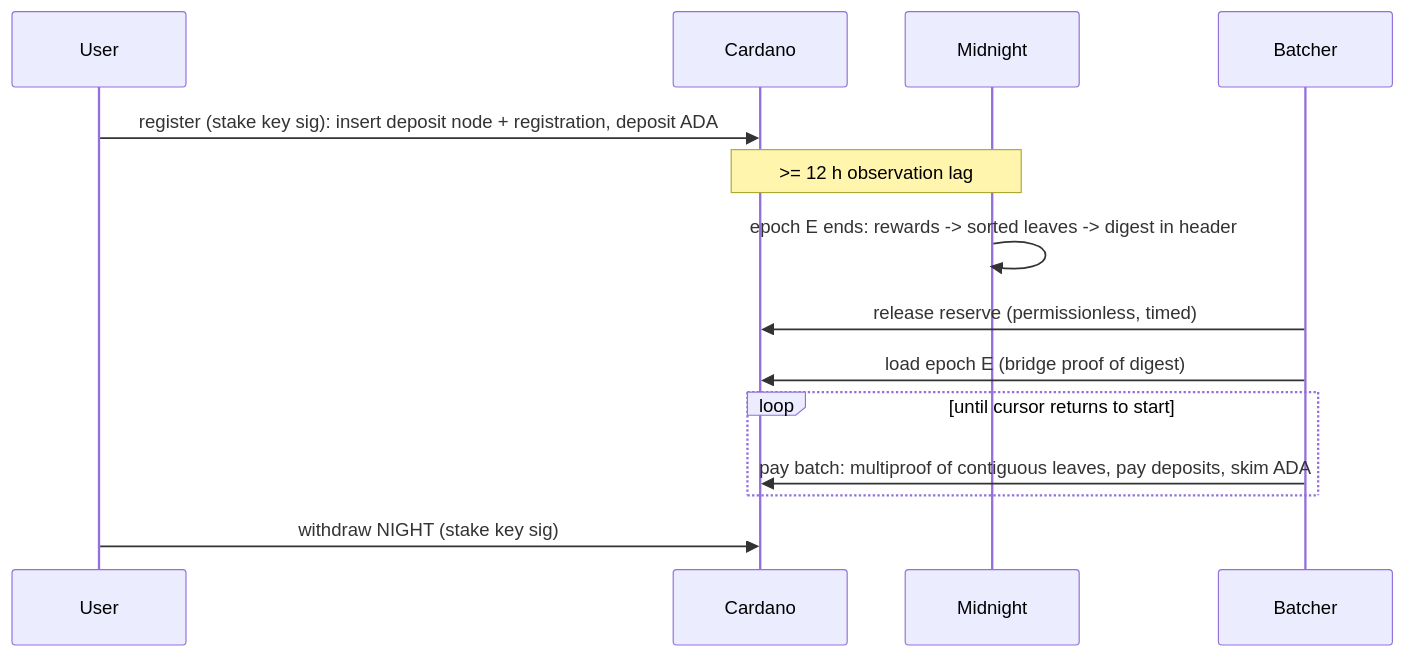
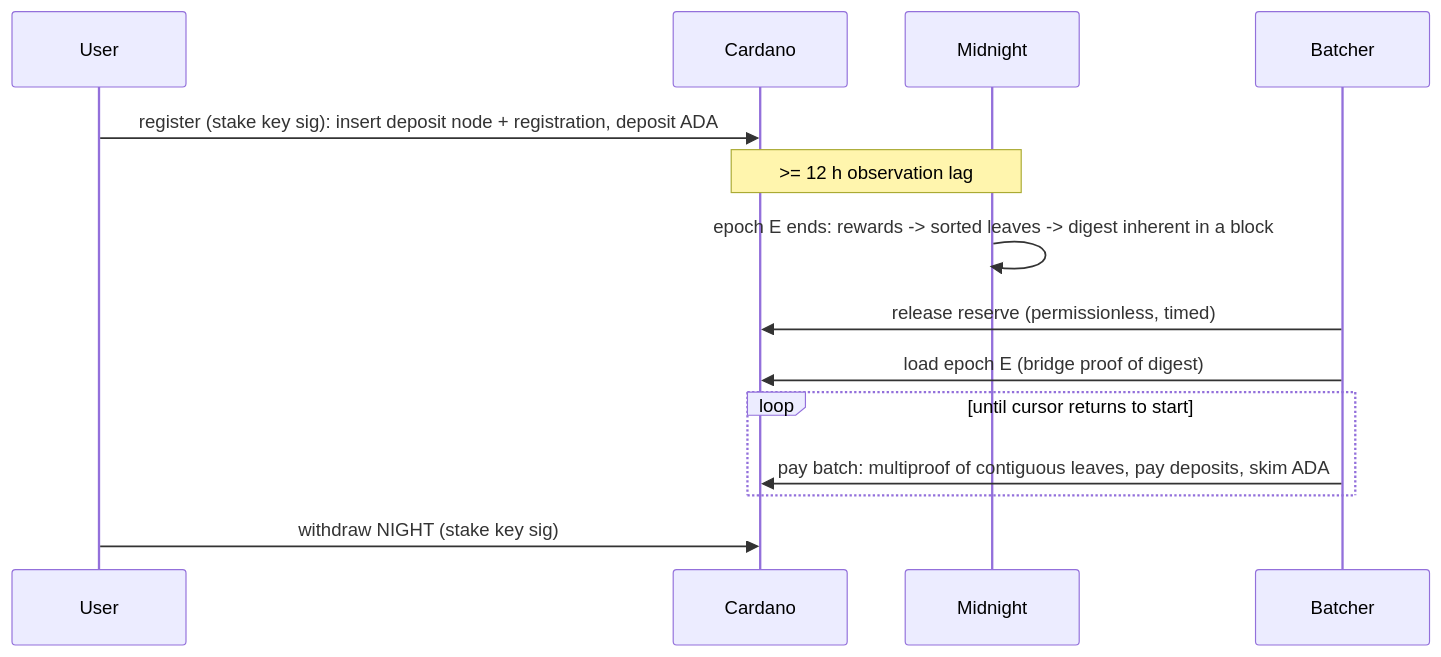
One commit to midnightntwrk/midnight-reserve-contracts changed the diagram in docs/rewards/overview.md. Above: the diagram before and after it, drawn with Mermaid. The commit also changed other lines of this file and 16 other files, not shown here.

First line of the commit message:
rewards: prove the digest from the block's extrinsics root

````diff
--- a/docs/rewards/overview.md
+++ b/docs/rewards/overview.md
@@ -73,16 +74,16 @@
 ```mermaid
 sequenceDiagram
     participant U as User
     participant C as Cardano
     participant M as Midnight
     participant B as Batcher
     U->>C: register (stake key sig): insert deposit node + registration, deposit ADA
     Note over C,M: >= 12 h observation lag
-    M->>M: epoch E ends: rewards -> sorted leaves -> digest in header
+    M->>M: epoch E ends: rewards -> sorted leaves -> digest inherent in a block
     B->>C: release reserve (permissionless, timed)
     B->>C: load epoch E (bridge proof of digest)
     loop until cursor returns to start
         B->>C: pay batch: multiproof of contiguous leaves, pay deposits, skim ADA
     end
     U->>C: withdraw NIGHT (stake key sig)
 ```
````
